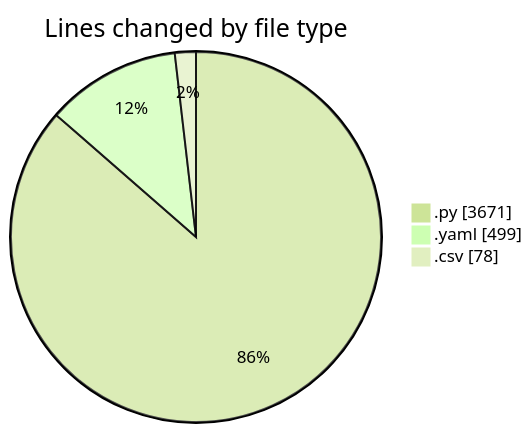
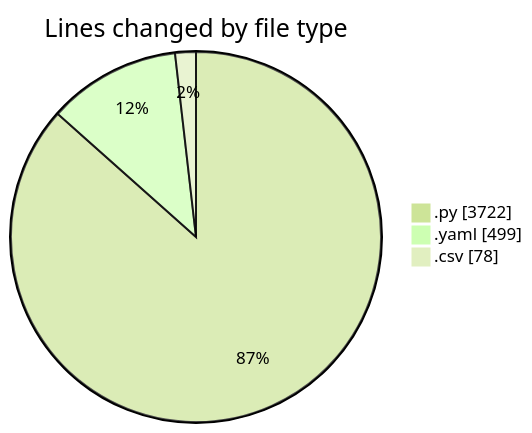
Before and after one commit to MatusMokan/code-tracking: the first of 2 diagrams in 2025-03-01/myws__workspace_/README.md, drawn with Mermaid (forest theme). The commit also changed other lines of this file and 1 other file, not shown here.

````diff
--- a/2025-03-01/myws__workspace_/README.md
+++ b/2025-03-01/myws__workspace_/README.md
@@ -30,7 +30,7 @@
 ```mermaid
 pie showData
 title Lines changed by file type
-".py" : 3671
+".py" : 3722
 ".yaml" : 499
 ".csv" : 78
 ```
````
